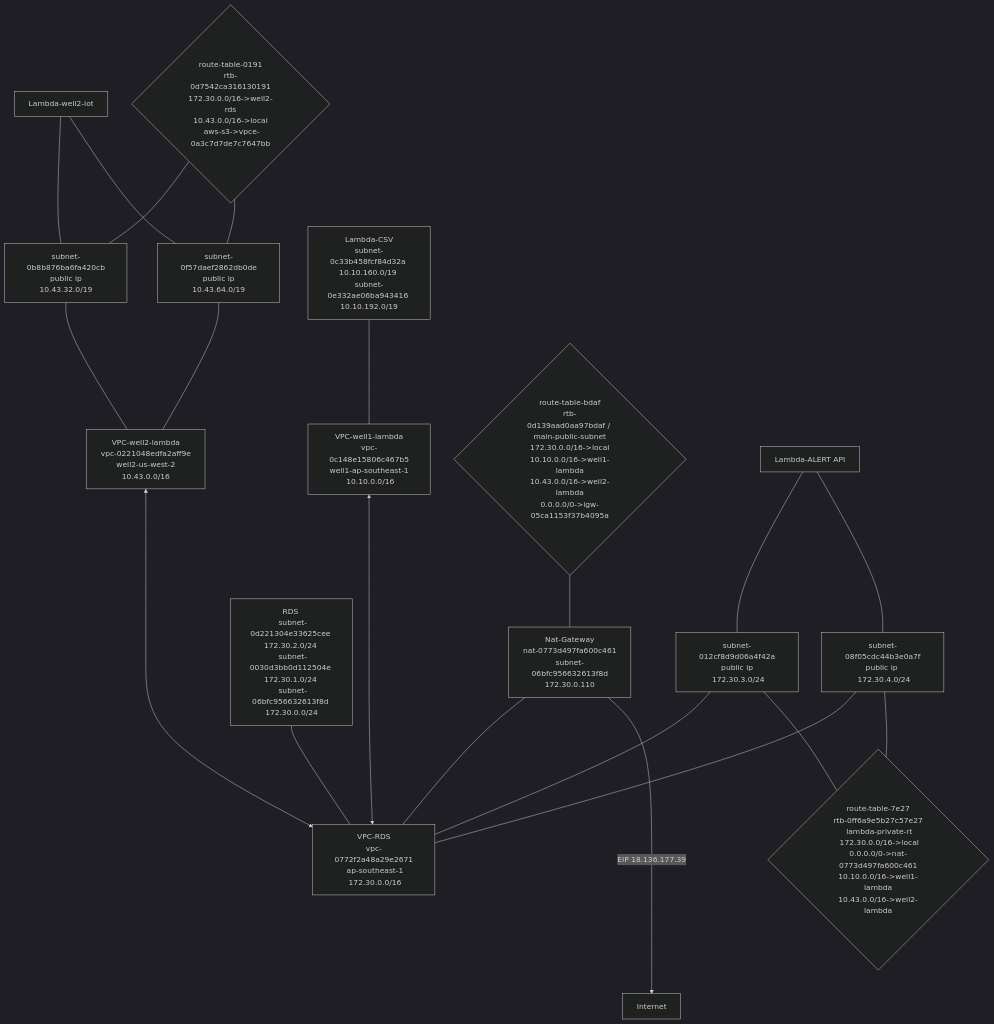
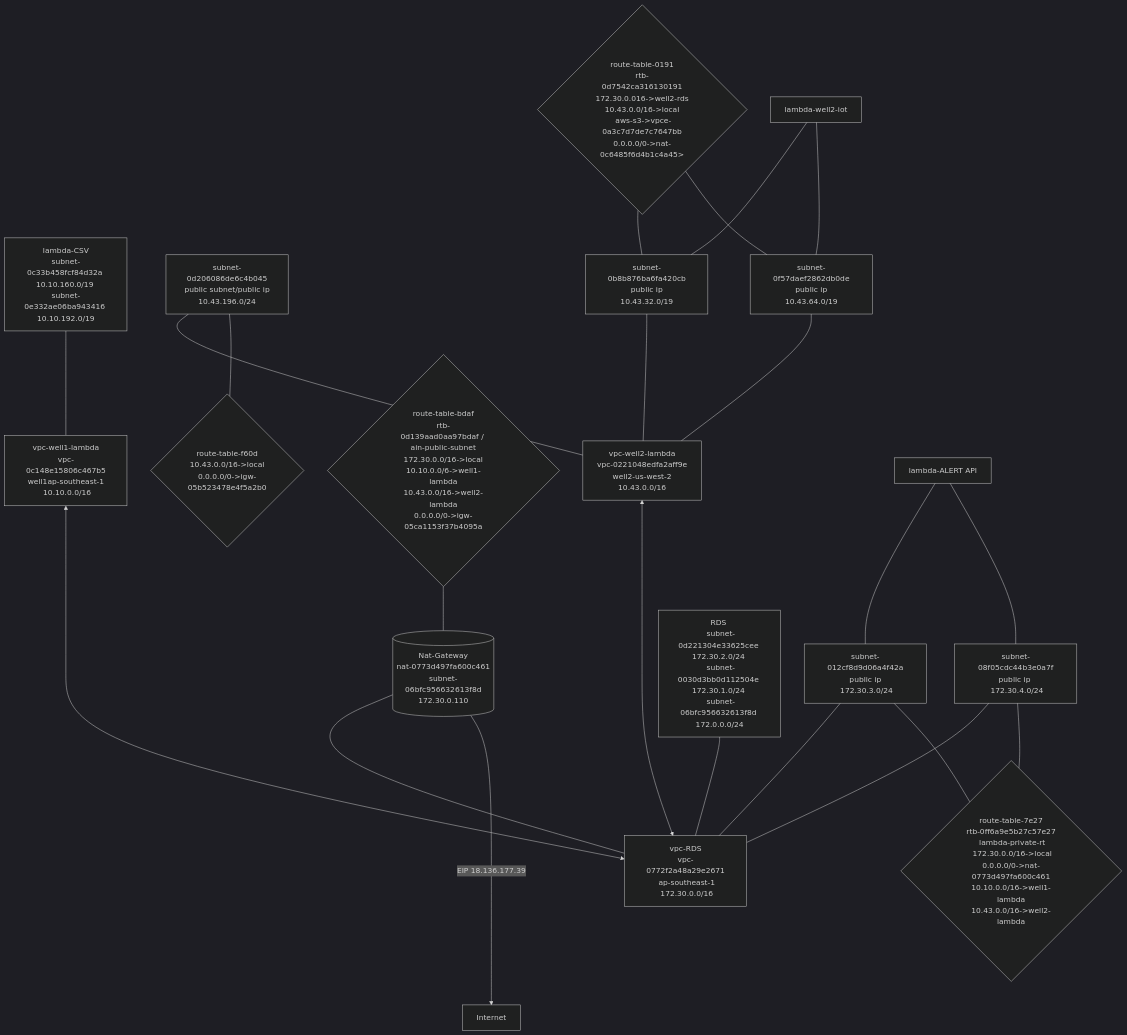
The first of 2 diagrams in tils/VPC connection.md (dumplingbao/marvinwu), drawn with Mermaid (dark theme) before and after one commit. The commit also changed other lines of this file and 3 other files, not shown here.

````diff
--- a/tils/VPC connection.md
+++ b/tils/VPC connection.md
@@ -12,38 +12,55 @@
 ```mermaid
 flowchart TD
-    VPC-well2-lambda[VPC-well2-lambda<br/>vpc-0221048edfa2aff9e<br/> well2-us-west-2 <br/> 10.43.0.0/16 ] <---> vpc-rds[VPC-RDS<br/>vpc-0772f2a48a29e2671<br/>  ap-southeast-1 <br/> 172.30.0.0/16]
-	
-	Subnet-20cb[subnet-0b8b876ba6fa420cb<br/> public ip <br/>10.43.32.0/19]---VPC-well2-lambda
-	Subnet-b0de[subnet-0f57daef2862db0de<br/> public ip <br/>10.43.64.0/19]---VPC-well2-lambda
-    Lambda-well2-iot ---Subnet-20cb
-	Lambda-well2-iot ---Subnet-b0de
 
-	route-table-0191{route-table-0191<br/>rtb-0d7542ca316130191<br/>172.30.0.0/16->well2-rds<br/>10.43.0.0/16->local<br/> aws-s3->vpce-0a3c7d7de7c7647bb}---Subnet-20cb
-	route-table-0191---Subnet-b0de
+vpc-well2-lambda[vpc-well2-lambda<br/>vpc-0221048edfa2aff9e<br/> well2-us-west-2 <br/> 10.43.0.0/16 ] 
+vpc-rds[vpc-RDS<br/>vpc-0772f2a48a29e2671<br/>  ap-southeast-1 <br/> 172.30.0.0/16]
+vpc-well1-lambda[vpc-well1-lambda<br/>vpc-0c148e15806c467b5<br/> well1ap-southeast-1 <br/> 10.10.0.0/16 ] 
+lambda-well1-csv[lambda-CSV<br/>subnet-0c33b458fcf84d32a 10.10.160.0/19 <br/>subnet-0e332ae06ba943416 10.10.192.0/19] 
+nat-gateway-testing[(Nat-Gateway<br/>nat-0773d497fa600c461<br/>subnet-06bfc956632613f8d<br/>172.30.0.110)]
 
-	
-VPC-well1-lambda[VPC-well1-lambda<br/>vpc-0c148e15806c467b5<br/> well1-ap-southeast-1 <br/> 10.10.0.0/16 ] <---> vpc-rds
-	
-    Lambda-well1-csv[Lambda-CSV<br/>subnet-0c33b458fcf84d32a 10.10.160.0/19 <br/>subnet-0e332ae06ba943416 10.10.192.0/19] ---VPC-well1-lambda 
-	route-table-bdaf{route-table-bdaf<br/>rtb-0d139aad0aa97bdaf / main-public-subnet<br/>172.30.0.0/16->local<br/>10.10.0.0/16->well1-lambda<br/>10.43.0.0/16->well2-lambda<br/>0.0.0.0/0->igw-05ca1153f37b4095a}---nat-gateway-testing
-	
-	nat-gateway-testing[Nat-Gateway<br/>nat-0773d497fa600c461<br/>subnet-06bfc956632613f8d<br/>172.30.0.110]---vpc-rds
-	nat-gateway-testing--->|EIP 18.136.177.39|Internet
+route-table-bdaf{route-table-bdaf<br/>rtb-0d139aad0aa97bdaf / ain-public-subnet<br/>172.30.0.0/16->local<br/>10.10.0.0/6->well1-lambda<br/>10.43.0.0/16->well2-lambda<br/>0.0.0.0/0->igw-05ca1153f37b4095a}
 
-	RDS[RDS <br/> subnet-0d221304e33625cee 172.30.2.0/24 <br/> subnet-0030d3bb0d112504e 172.30.1.0/24 <br/> subnet-06bfc956632613f8d 172.30.0.0/24] --- vpc-rds 
-	
-	alert-api[Lambda-ALERT API] ---
-Subnet-f42a
+route-table-7e27{route-table-7e27<br/>rtb-0ff6a9e5b27c57e27<br/> lambda-private-rt<br/> 172.30.0.0/16->local<br/>0.0.0.0/0->nat-0773d497fa600c461<br/>10.10.0.0/16->well1-lambda<br/>10.43.0.0/16->well2-lambda}
 
-	alert-api ---
-Subnet-0a7f
+route-table-0191{route-table-0191<br/>rtb-0d7542ca316130191<br/>172.30.0.016->well2-rds<br/>10.43.0.0/16->local<br/> aws-s3->vpce-0a3c7d7de7c7647bb<br/>0.0.0.0/0->nat-0c6485f6d4b1c4a45>}
+
+route-table-f60d{route-table-f60d<br/>10.43.0.0/16->local<br/>0.0.0.0/0->igw-05b523478e4f5a2b0}
+
+subnet-b045[subnet-0d206086de6c4b045<br/> public subnet/public ip <br/>10.43.196.0/24]
 
 
-	Subnet-f42a[subnet-012cf8d9d06a4f42a<br/>public ip<br/> 172.30.3.0/24]---vpc-rds 
-	
-	Subnet-0a7f[subnet-08f05cdc44b3e0a7f<br/>public ip <br/> 172.30.4.0/24]---vpc-rds 
-	
-	Subnet-f42a---route-table-7e27{route-table-7e27<br/>rtb-0ff6a9e5b27c57e27<br/> lambda-private-rt<br/> 172.30.0.0/16->local<br/>0.0.0.0/0->nat-0773d497fa600c461<br/>10.10.0.0/16->well1-lambda<br/>10.43.0.0/16->well2-lambda}
-	
-	Subnet-0a7f---route-table-7e27
+subnet-20cb[subnet-0b8b876ba6fa420cb<br/> public ip <br/>10.43.32.0/19]
+subnet-b0de[subnet-0f57daef2862db0de<br/> public ip <br/>10.43.64.0/19]
+
+subnet-f42a[subnet-012cf8d9d06a4f42a<br/>public ip<br/> 172.30.3.0/24]
+subnet-0a7f[subnet-08f05cdc44b3e0a7f<br/>public ip <br/> 172.30.4.0/24]
+
+RDS[RDS <br/> subnet-0d221304e33625cee 172.30.2.0/24 <br/> subnet-0030d3bb0d112504e 172.30.1.0/24 <br/> subnet-06bfc956632613f8d 172.0.0.0/24] 
+
+subnet-b045---vpc-well2-lambda
+
+subnet-b045---route-table-f60d
+
+
+route-table-0191---subnet-20cb
+route-table-0191---subnet-b0de
+
+vpc-well1-lambda<---> vpc-rds
+lambda-well1-csv---vpc-well1-lambda 
+route-table-bdaf---nat-gateway-testing
+nat-gateway-testing---vpc-rds
+nat-gateway-testing--->|EIP 18.136.177.39|Internet
+RDS--- vpc-rds 
+alert-api[lambda-ALERT API] ---subnet-f42a
+alert-api ---subnet-0a7f
+subnet-20cb---vpc-well2-lambda
+vpc-well2-lambda<---> vpc-rds
+lambda-well2-iot ---subnet-20cb
+lambda-well2-iot ---subnet-b0de
+subnet-b0de---vpc-well2-lambda
+subnet-f42a---vpc-rds 
+subnet-0a7f---vpc-rds 
+
+subnet-f42a---route-table-7e27
+subnet-0a7f---route-table-7e27
 ```
````
